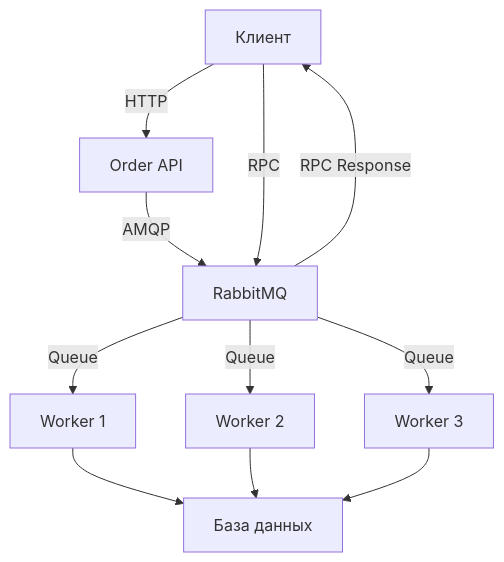
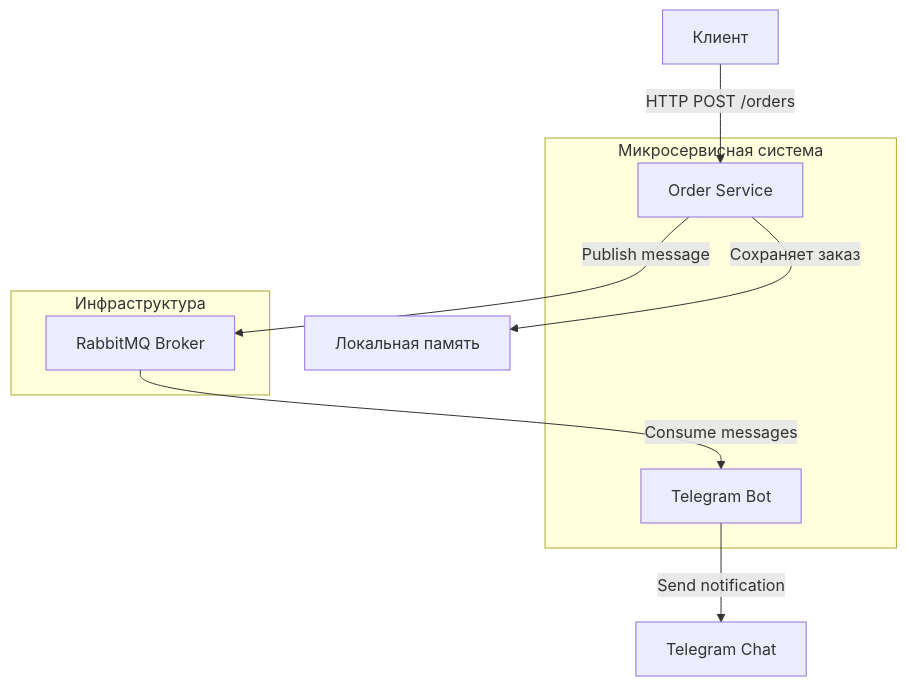
Before and after one commit to artemmj/PyRabbitMQService: the diagram in README.md, drawn with Mermaid. The commit also changed other lines of this file and 14 other files, not shown here.

````diff
--- a/README.md
+++ b/README.md
@@ -25,13 +13,17 @@
 ```mermaid
-graph TB
-    Client[Клиент] -->|HTTP| API[Order API]
-    API -->|AMQP| RabbitMQ[RabbitMQ]
-    RabbitMQ -->|Queue| Worker1[Worker 1]
-    RabbitMQ -->|Queue| Worker2[Worker 2]
-    RabbitMQ -->|Queue| Worker3[Worker 3]
-    Worker1 --> DB[База данных]
-    Worker2 --> DB
-    Worker3 --> DB
-    Client -->|RPC| RabbitMQ
-    RabbitMQ -->|RPC Response| Client
+graph TD
+    A[Клиент] -->|HTTP POST /orders| B[Order Service]
+    B -->|Сохраняет заказ| C[Локальная память]
+    B -->|Publish message| D[RabbitMQ]
+    D -->|Consume messages| E[Telegram Bot]
+    E -->|Send notification| F[Telegram Chat]
+    
+    subgraph "Микросервисная система"
+        B
+        E
+    end
+    
+    subgraph "Инфраструктура"
+        D[RabbitMQ Broker]
+    end
 ```
````
